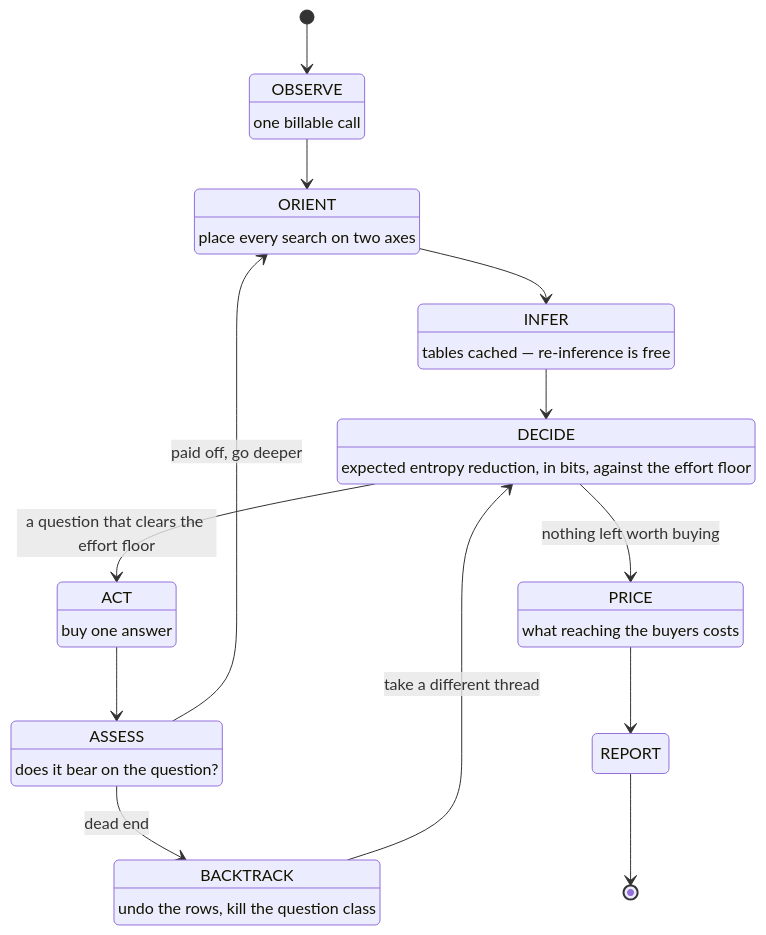
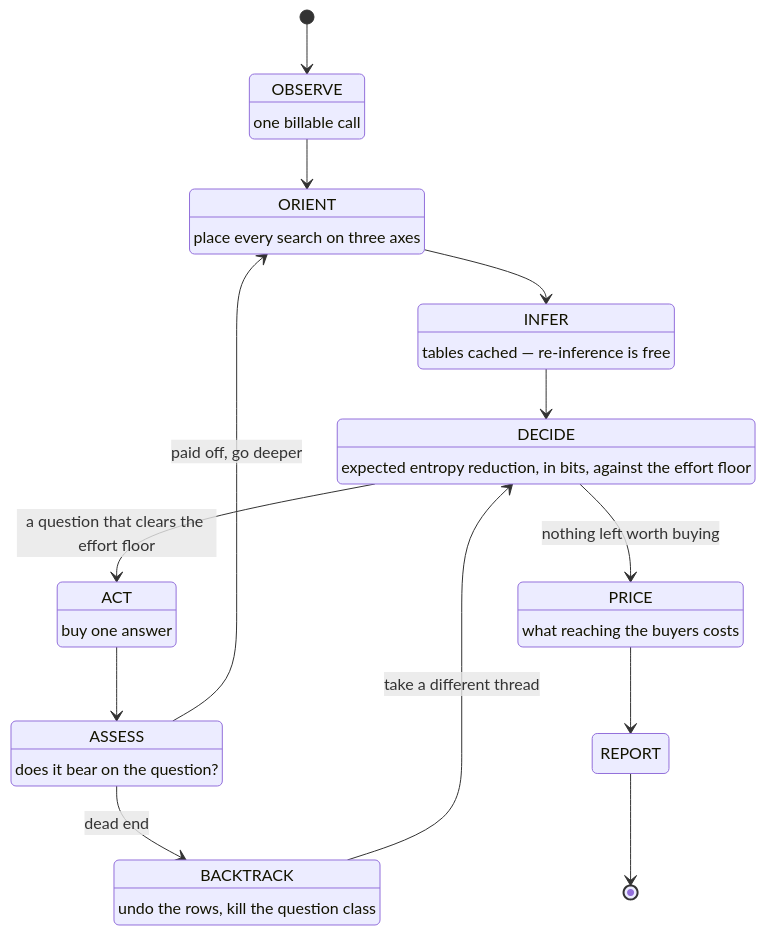
The second of 3 diagrams in .claude/skills/keyword-insights/references/flow.md (samsam32118/demandEngine2), drawn with Mermaid before and after one commit. The commit also changed other lines of this file and 14 other files, not shown here.

````diff
--- a/.claude/skills/keyword-insights/references/flow.md
+++ b/.claude/skills/keyword-insights/references/flow.md
@@ -113,33 +118,33 @@
 ```mermaid
 stateDiagram-v2
     [*] --> OBSERVE
     OBSERVE: OBSERVE
     OBSERVE: one billable call
     ORIENT: ORIENT
-    ORIENT: place every search on two axes
+    ORIENT: place every search on three axes
     INFER: INFER
     INFER: tables cached — re-inference is free
     DECIDE: DECIDE
     DECIDE: expected entropy reduction, in bits, against the effort floor
     ACT: ACT
     ACT: buy one answer
     ASSESS: ASSESS
     ASSESS: does it bear on the question?
     BACKTRACK: BACKTRACK
     BACKTRACK: undo the rows, kill the question class
     PRICE: PRICE
     PRICE: what reaching the buyers costs
     REPORT: REPORT
 
     OBSERVE --> ORIENT
     ORIENT --> INFER
     INFER --> DECIDE
     DECIDE --> ACT: a question that clears the effort floor
     DECIDE --> PRICE: nothing left worth buying
     ACT --> ASSESS
     ASSESS --> ORIENT: paid off, go deeper
     ASSESS --> BACKTRACK: dead end
     BACKTRACK --> DECIDE: take a different thread
     PRICE --> REPORT
     REPORT --> [*]
 ```
````
